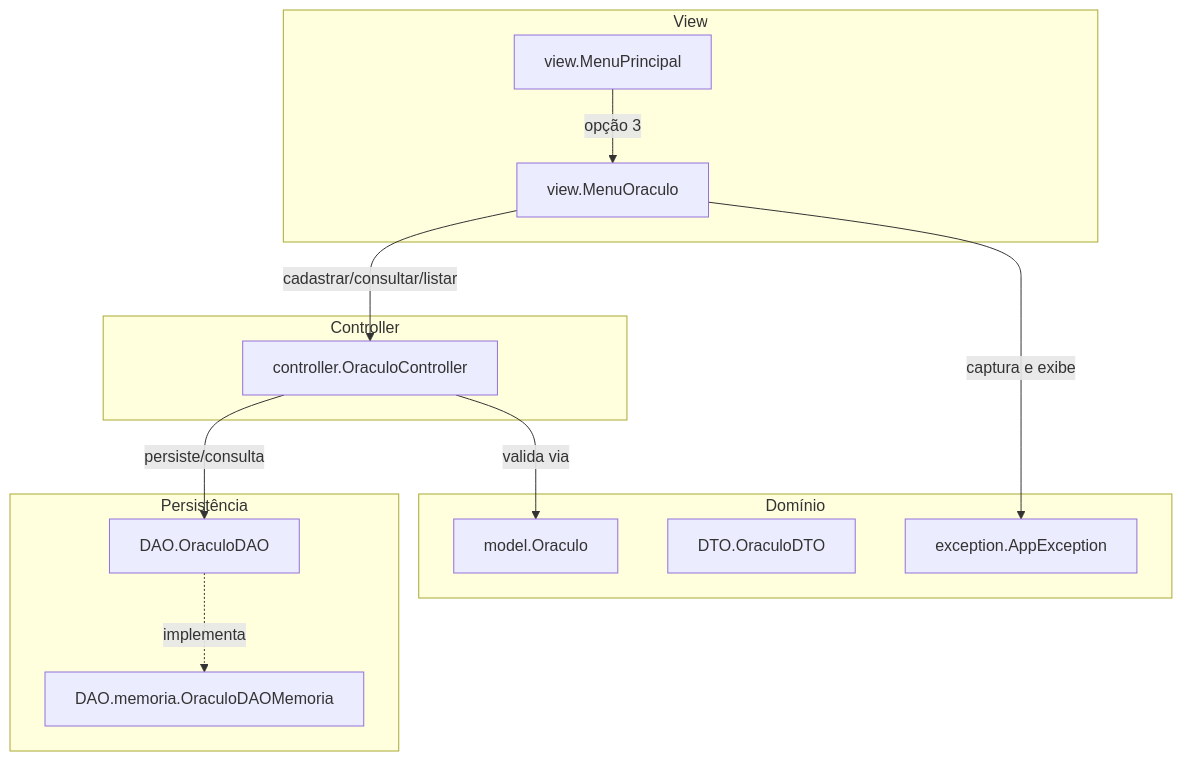
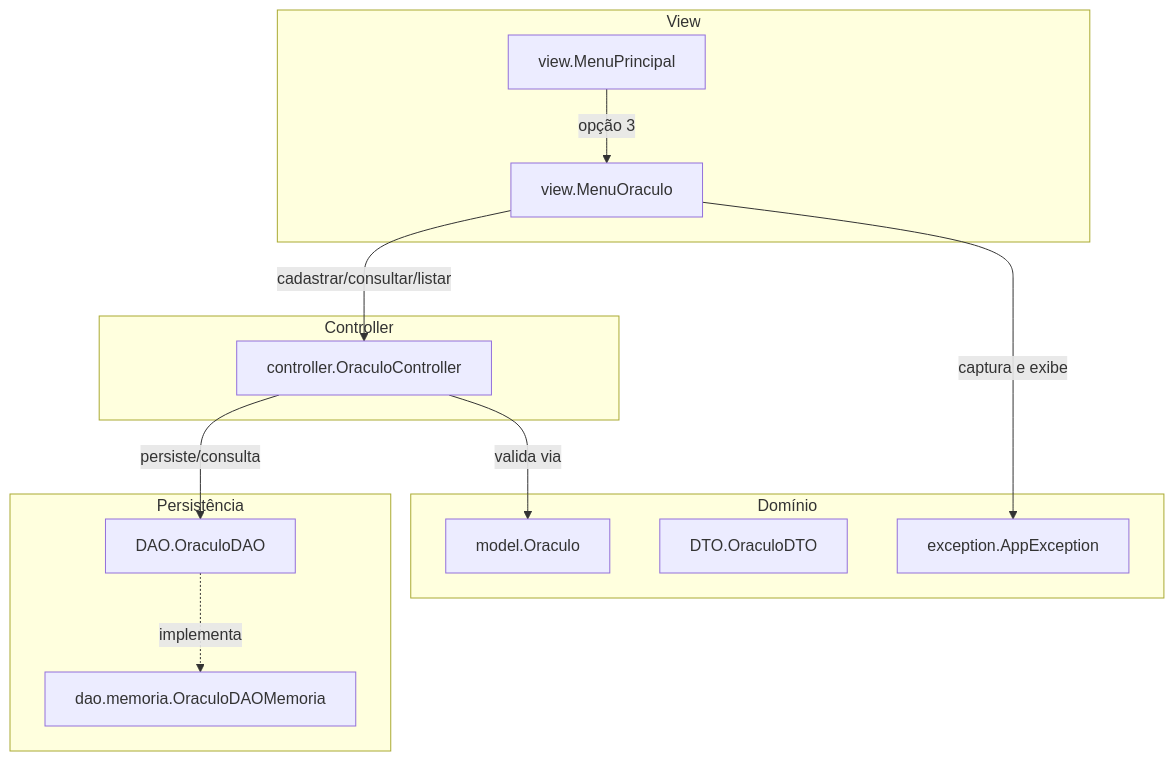
Before and after one commit to CassianoBorborema/FT_Coin: the first of 3 diagrams in docs/fluxo-oraculo.md, drawn with Mermaid. The commit also changed other lines of this file and 147 other files, not shown here.

````diff
--- a/docs/fluxo-oraculo.md
+++ b/docs/fluxo-oraculo.md
@@ -11,29 +11,29 @@
 ```mermaid
 flowchart TB
     subgraph viewLayer [View]
         MenuPrincipal["view.MenuPrincipal"]
         MenuOraculo["view.MenuOraculo"]
     end
 
     subgraph controllerLayer [Controller]
         OraculoController["controller.OraculoController"]
     end
 
     subgraph domainLayer [Domínio]
         OraculoModel["model.Oraculo"]
         OraculoDTO["DTO.OraculoDTO"]
         AppException["exception.AppException"]
     end
 
     subgraph persistenceLayer [Persistência]
         OraculoDAO["DAO.OraculoDAO"]
-        OraculoDAOMemoria["DAO.memoria.OraculoDAOMemoria"]
+        OraculoDAOMemoria["dao.memoria.OraculoDAOMemoria"]
     end
 
     MenuPrincipal -->|"opção 3"| MenuOraculo
     MenuOraculo -->|"cadastrar/consultar/listar"| OraculoController
     OraculoController -->|"valida via"| OraculoModel
     OraculoController -->|"persiste/consulta"| OraculoDAO
     OraculoDAO -.->|"implementa"| OraculoDAOMemoria
     MenuOraculo -->|"captura e exibe"| AppException
 ```
````
